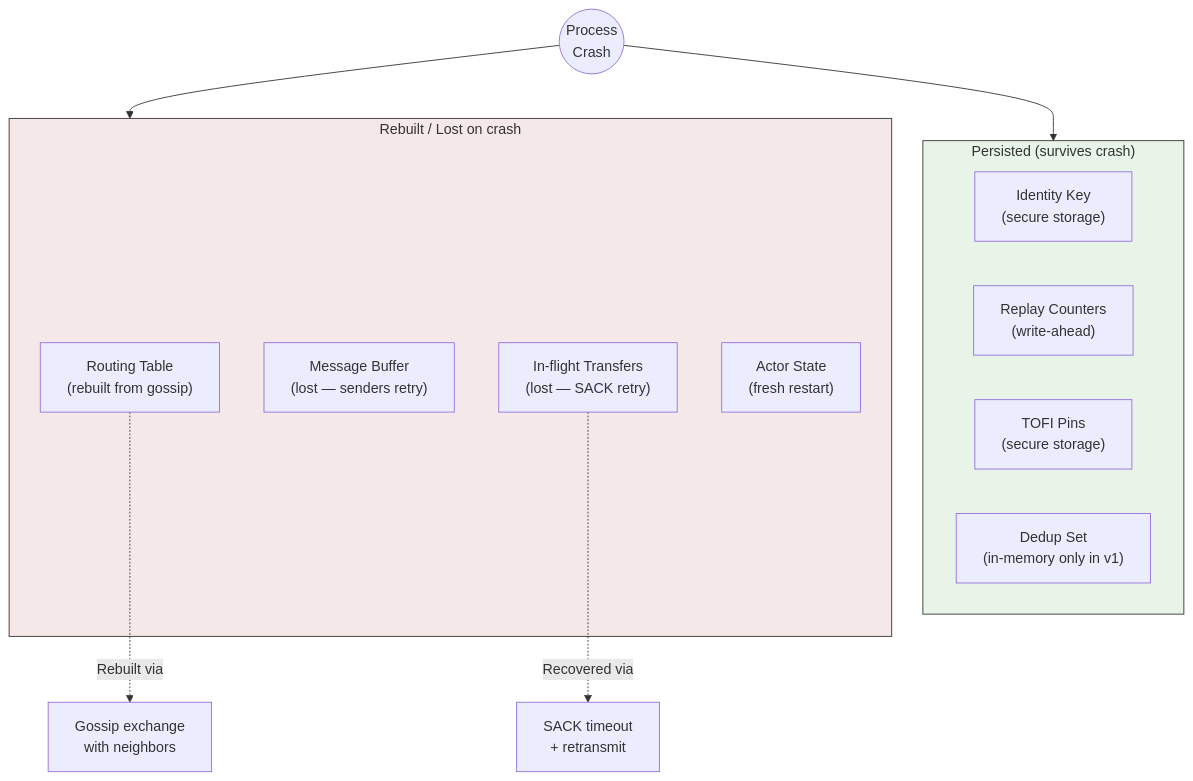
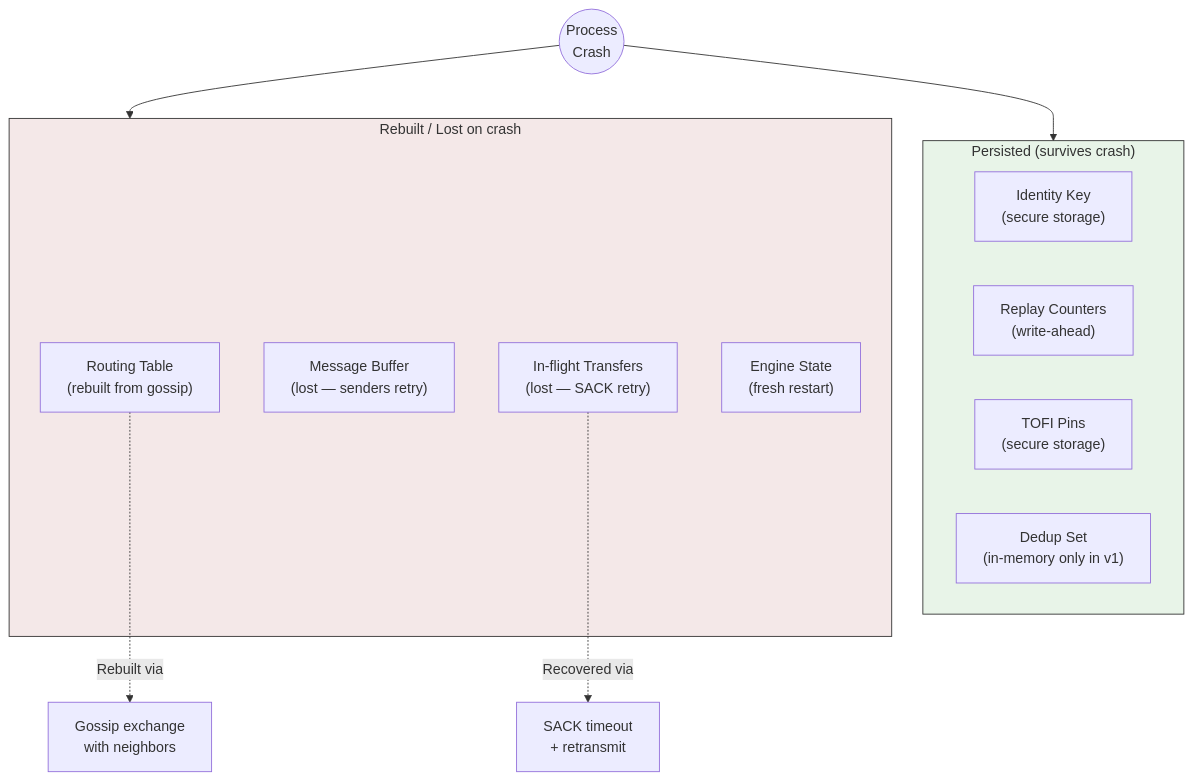
One commit to trancee/MeshLink changed the fifth of 6 diagrams in UBIQUITOUS_LANGUAGE.md. Above: the diagram before and after it, drawn with Mermaid. The commit also changed other lines of this file, not shown here.

First line of the commit message:
docs: update ubiquitous language with engine/coordinator terms

````diff
--- a/UBIQUITOUS_LANGUAGE.md
+++ b/UBIQUITOUS_LANGUAGE.md
@@ -293,24 +293,24 @@
 ```mermaid
 flowchart TD
     subgraph Survives["Persisted (survives crash)"]
         ID["Identity Key\n(secure storage)"]
         RC["Replay Counters\n(write-ahead)"]
         TOFI["TOFI Pins\n(secure storage)"]
         DD["Dedup Set\n(in-memory only in v1)"]
     end
 
     subgraph Lost["Rebuilt / Lost on crash"]
         RT["Routing Table\n(rebuilt from gossip)"]
         BUF["Message Buffer\n(lost — senders retry)"]
         TF["In-flight Transfers\n(lost — SACK retry)"]
-        ACTOR["Actor State\n(fresh restart)"]
+        ENG["Engine State\n(fresh restart)"]
     end
 
     Crash(("Process\nCrash")) --> Survives
     Crash --> Lost
     RT -.->|"Rebuilt via"| Gossip["Gossip exchange\nwith neighbors"]
     TF -.->|"Recovered via"| SACK["SACK timeout\n+ retransmit"]
 
     style Survives fill:#e8f4e8,stroke:#333
     style Lost fill:#f4e8e8,stroke:#333
 ```
````
